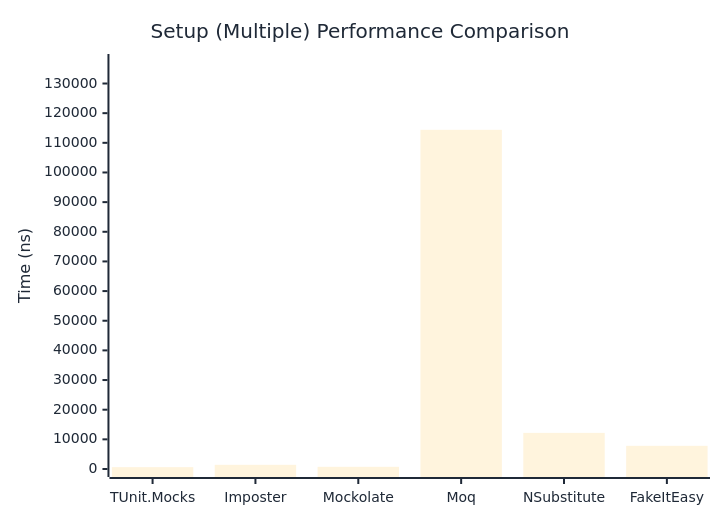
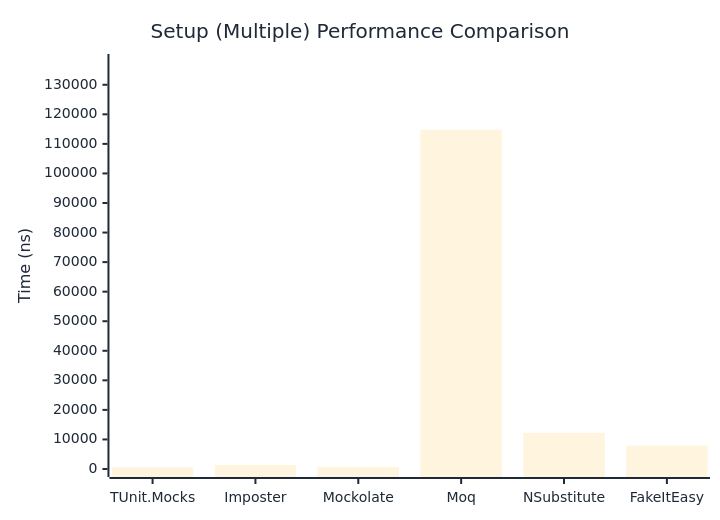
Before and after one commit to thomhurst/TUnit: the second of 2 diagrams in docs/docs/benchmarks/mocks/Setup.md, drawn with Mermaid. The commit also changed other lines of this file and 14 other files, not shown here.

````diff
--- a/docs/docs/benchmarks/mocks/Setup.md
+++ b/docs/docs/benchmarks/mocks/Setup.md
@@ -69,27 +69,27 @@
 ```mermaid
 %%{init: {
   'theme':'base',
   'themeVariables': {
     'primaryColor': '#2563eb',
     'primaryTextColor': '#1f2937',
     'primaryBorderColor': '#1e40af',
     'lineColor': '#6b7280',
     'secondaryColor': '#7c3aed',
     'tertiaryColor': '#dc2626',
     'background': '#ffffff',
     'pie1': '#2563eb',
     'pie2': '#7c3aed',
     'pie3': '#dc2626',
     'pie4': '#f59e0b',
     'pie5': '#10b981',
     'pie6': '#06b6d4',
     'pie7': '#ec4899',
     'pie8': '#6366f1'
   }
 }}%%
 xychart-beta
   title "Setup (Multiple) Performance Comparison"
   x-axis ["TUnit.Mocks", "Imposter", "Mockolate", "Moq", "NSubstitute", "FakeItEasy"]
-  y-axis "Time (ns)" 0 --> 137256
-  bar [619.5, 1414.7, 737, 114379.8, 12181.6, 7822.8]
+  y-axis "Time (ns)" 0 --> 137705
+  bar [619, 1370.3, 691.1, 114753.7, 12279.2, 7934.9]
 ```
````
